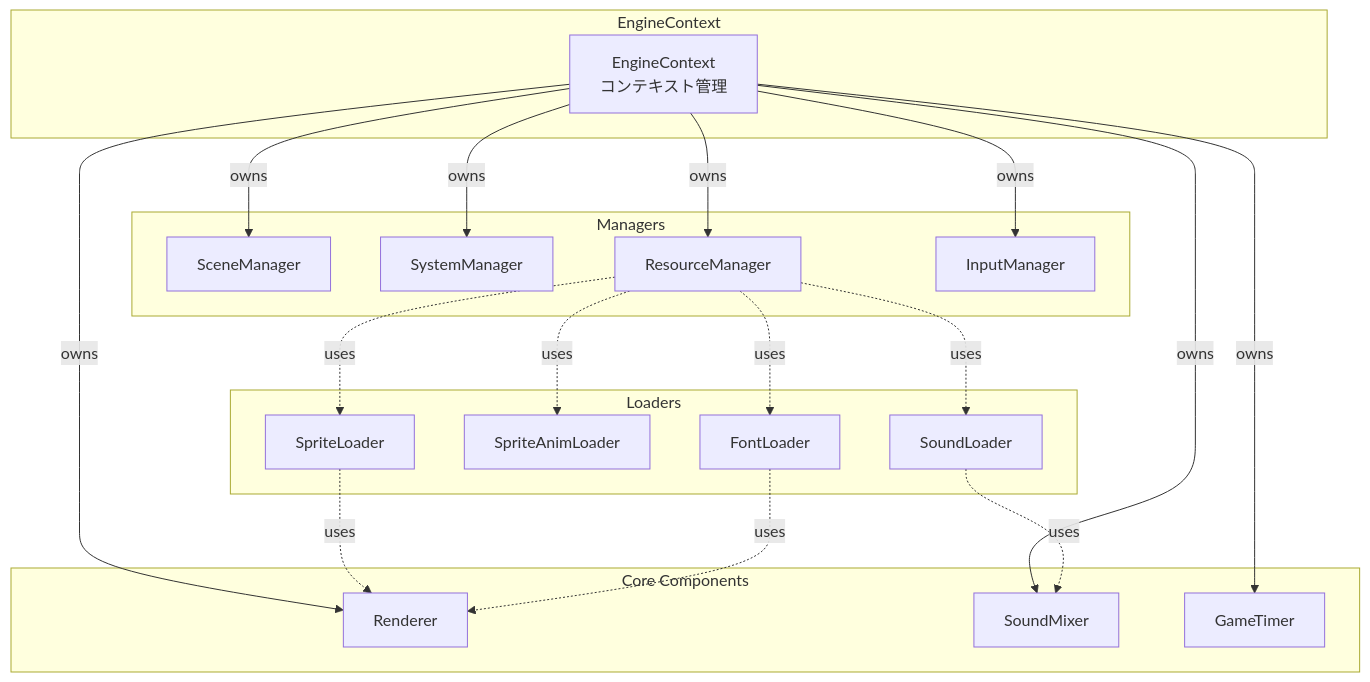
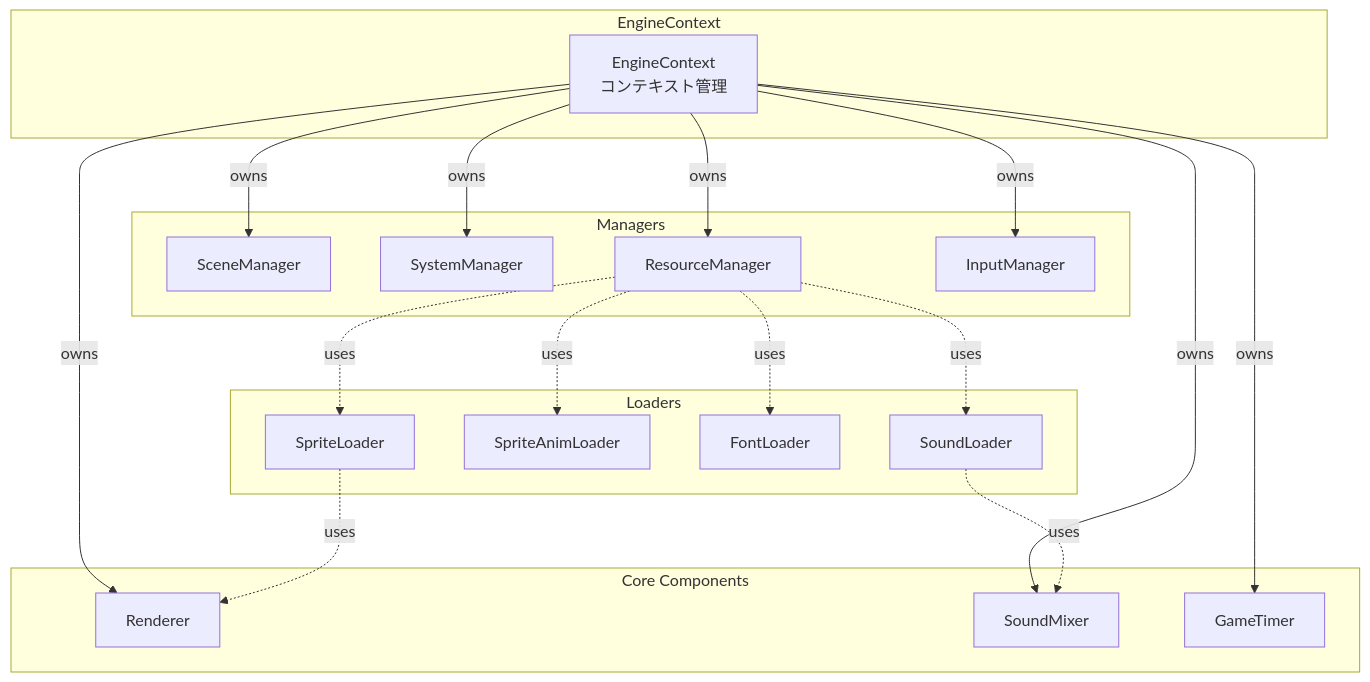
The second of 5 diagrams in docs/architecture.md (Siegward-of-Catarina/ShootingGame), drawn with Mermaid before and after one commit. The commit also changed other lines of this file, not shown here.

````diff
--- a/docs/architecture.md
+++ b/docs/architecture.md
@@ -51,43 +52,42 @@
 ```mermaid
 graph TB
     subgraph "EngineContext"
         EC[EngineContext<br/>コンテキスト管理]
     end
     
     subgraph "Managers"
         SM[SceneManager]
         SYM[SystemManager]
         RM[ResourceManager]
         IM[InputManager]
     end
     
     subgraph "Core Components"
         R[Renderer]
         SMX[SoundMixer]
         GT[GameTimer]
     end
     
     subgraph "Loaders"
         SL[SpriteLoader]
         SAL[SpriteAnimLoader]
         FL[FontLoader]
         SndL[SoundLoader]
     end
     
     EC -->|owns| SM
     EC -->|owns| SYM
     EC -->|owns| RM
     EC -->|owns| IM
     EC -->|owns| R
     EC -->|owns| SMX
     EC -->|owns| GT
     
     RM -.uses.-> SL
     RM -.uses.-> SAL
     RM -.uses.-> FL
     RM -.uses.-> SndL
     
     SL -.uses.-> R
-    FL -.uses.-> R
     SndL -.uses.-> SMX
 ```
````
